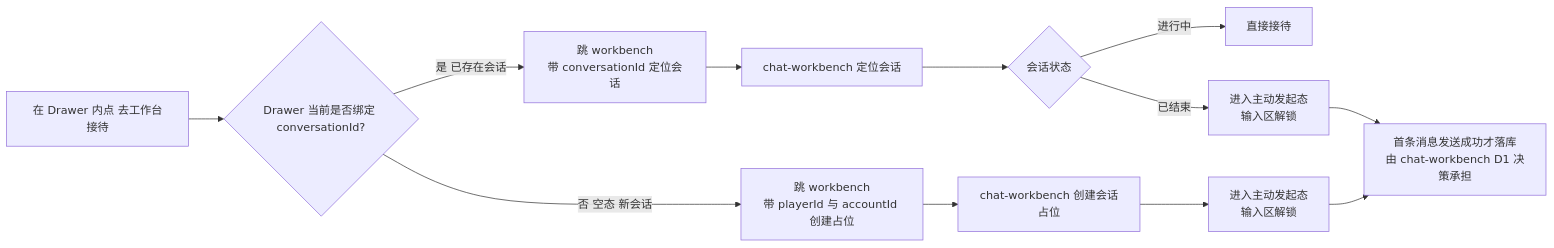
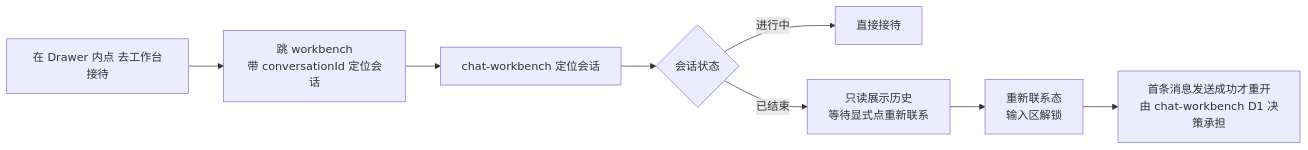
Before and after one commit to yan-pang/VIP: the second of 8 diagrams in project/domains/player-center/design.md, drawn with Mermaid. The commit also changed other lines of this file and 79 other files, not shown here.

````diff
--- a/project/domains/player-center/design.md
+++ b/project/domains/player-center/design.md
@@ -326,14 +324,10 @@
 ```mermaid
 graph LR
-    A[在 Drawer 内点 去工作台接待] --> B{Drawer 当前是否绑定 conversationId?}
-    B -- 是 已存在会话 --> C[跳 workbench<br/>带 conversationId 定位会话]
+    A[在 Drawer 内点 去工作台接待] --> C[跳 workbench<br/>带 conversationId 定位会话]
     C --> C1[chat-workbench 定位会话]
     C1 --> C2{会话状态}
     C2 -- 进行中 --> C3[直接接待]
-    C2 -- 已结束 --> C4[进入主动发起态<br/>输入区解锁]
-    B -- 否 空态 新会话 --> D[跳 workbench<br/>带 playerId 与 accountId 创建占位]
-    D --> D1[chat-workbench 创建会话占位]
-    D1 --> D2[进入主动发起态<br/>输入区解锁]
-    C4 --> E[首条消息发送成功才落库<br/>由 chat-workbench D1 决策承担]
-    D2 --> E
+    C2 -- 已结束 --> C4[只读展示历史<br/>等待显式点重新联系]
+    C4 --> C5[重新联系态<br/>输入区解锁]
+    C5 --> E[首条消息发送成功才重开<br/>由 chat-workbench D1 决策承担]
 ```
````
